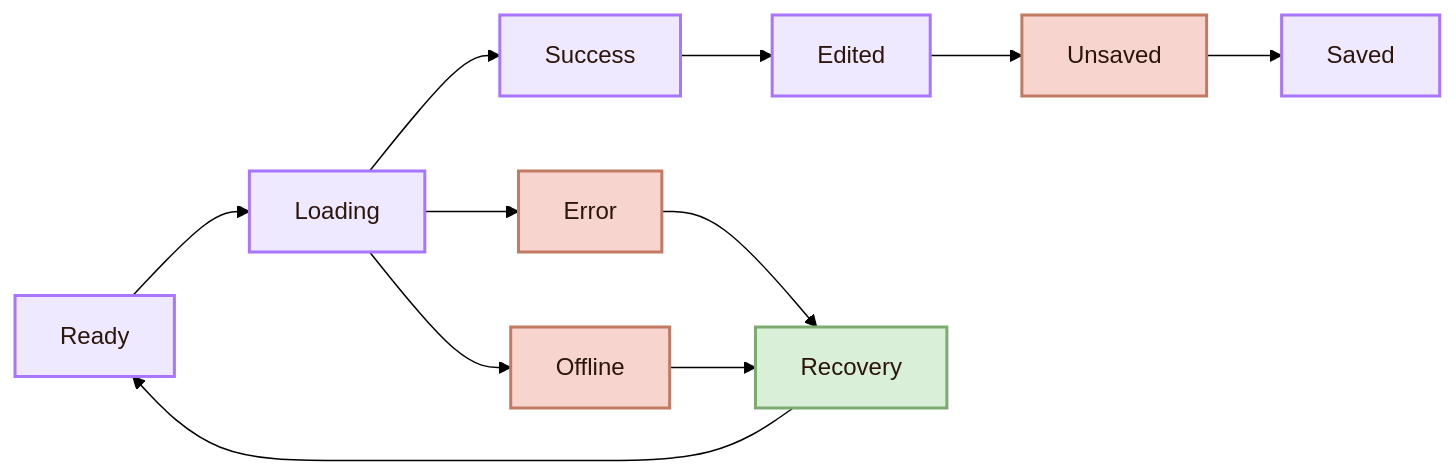
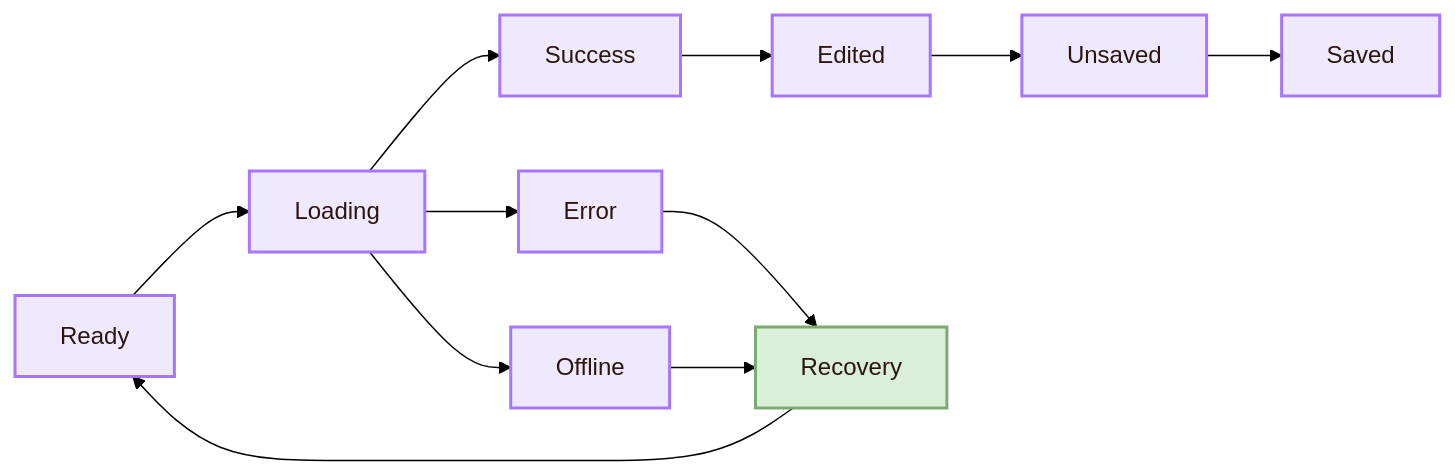
The fourth of 13 diagrams in 01_Core_Area_HCI/001_Subareas/02_System_Design/Open Problems.md (andreitegzes06-ui/CogniShire), drawn with Mermaid (forest theme) before and after one commit. The commit also changed other lines of this file and 131 other files, not shown here.

````diff
--- a/01_Core_Area_HCI/001_Subareas/02_System_Design/Open Problems.md
+++ b/01_Core_Area_HCI/001_Subareas/02_System_Design/Open Problems.md
@@ -168,21 +168,19 @@
 ```mermaid
 flowchart LR
     A[Ready] --> B[Loading]
     B --> C[Success]
     B --> D[Error]
     B --> E[Offline]
     C --> F[Edited]
     F --> G[Unsaved]
     G --> H[Saved]
     D --> I[Recovery]
     E --> I
     I --> A
 
     classDef node fill:#eee9ff,stroke:#a875ff,color:#2b160b,stroke-width:2px;
-    classDef warning fill:#f7d4cd,stroke:#c27a63,color:#2b160b,stroke-width:2px;
     classDef final fill:#d9efd7,stroke:#7cab72,color:#2b160b,stroke-width:2px;
 
     class A,B,C,F,H node;
-    class D,E,G warning;
     class I final;
 ```
````
